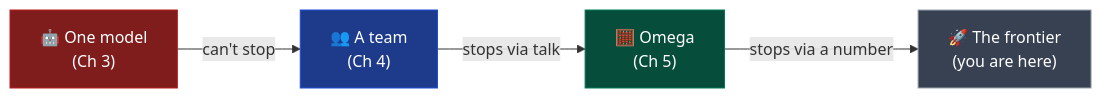
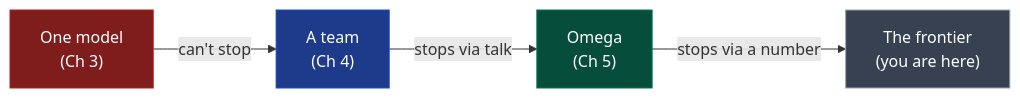
Before and after one commit to m4vic/Autopilot-zero-to-hero: the first of 2 diagrams in book/06-whats-next.md, drawn with Mermaid. The commit also changed other lines of this file and 15 other files, not shown here.

````diff
--- a/book/06-whats-next.md
+++ b/book/06-whats-next.md
@@ -13,11 +13,11 @@
 ```mermaid
-flowchart LR
-    A["🤖 One model<br/>(Ch 3)"] -->|"can't stop"| B["👥 A team<br/>(Ch 4)"]
-    B -->|"stops via talk"| C["🧮 Omega<br/>(Ch 5)"]
-    C -->|"stops via a number"| D["🚀 The frontier<br/>(you are here)"]
+    flowchart LR
+    A["One model<br/>(Ch 3)"] -->|"can't stop"| B["A team<br/>(Ch 4)"]
+    B -->|"stops via talk"| C["Omega<br/>(Ch 5)"]
+    C -->|"stops via a number"| D["The frontier<br/>(you are here)"]
 
     style A fill:#7f1d1d,stroke:#b91c1c,color:#fff
     style B fill:#1e3a8a,stroke:#1d4ed8,color:#fff
     style C fill:#064e3b,stroke:#047857,color:#fff
     style D fill:#374151,stroke:#9ca3af,color:#fff
 ```
````
